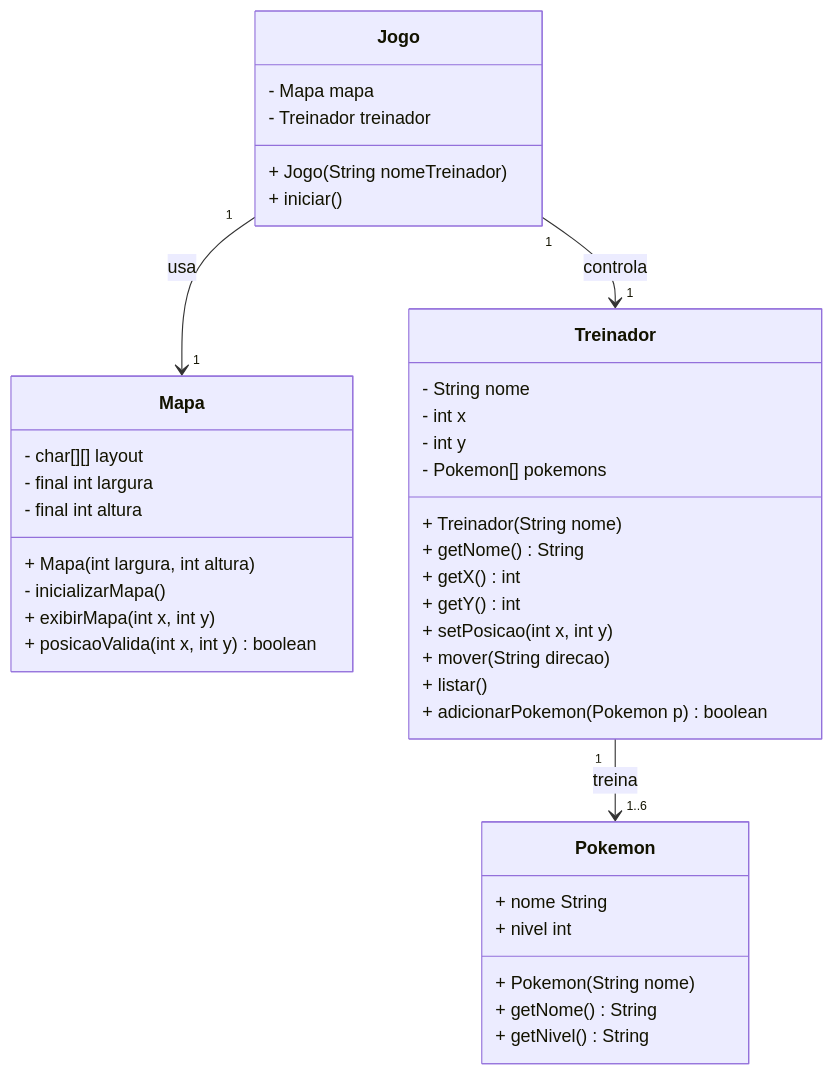
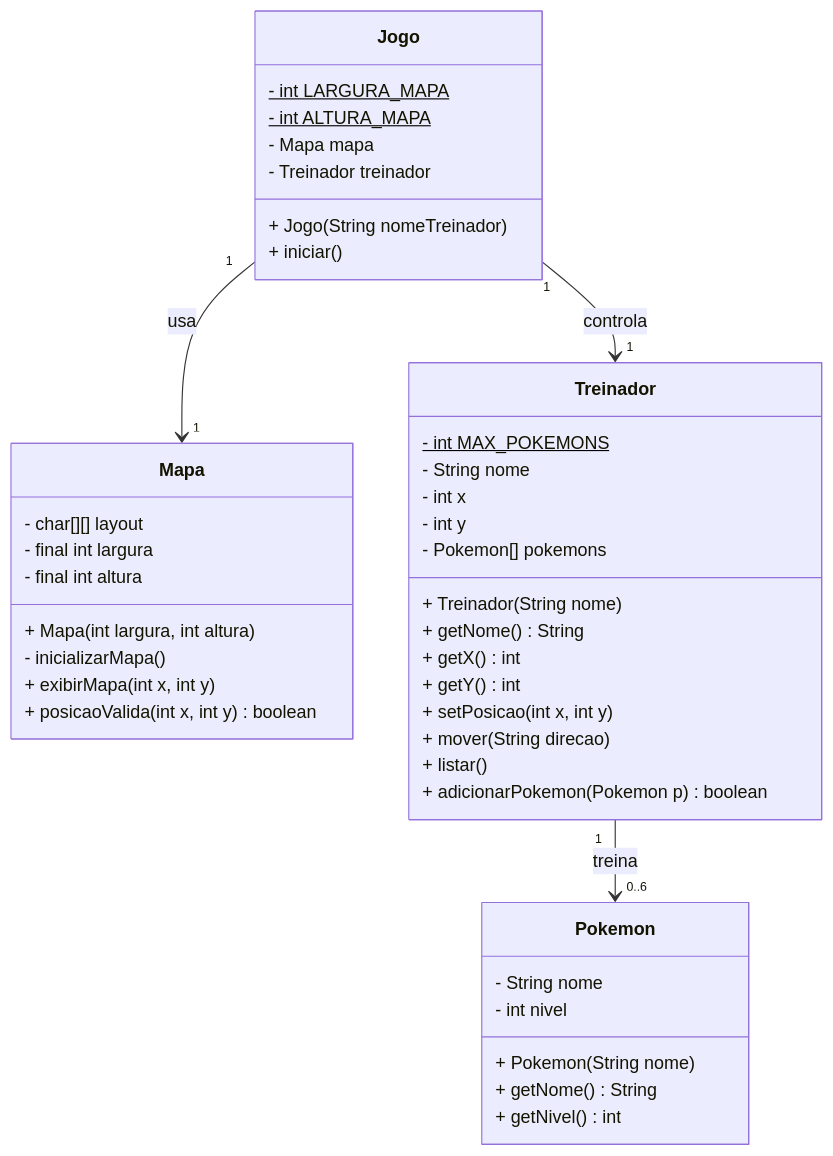
Before and after one commit to profBruno-UFC-Qx/oriented-object-programming: the diagram in _praticas/pp02.md, drawn with Mermaid. The commit also changed other lines of this file and 3 other files, not shown here.

```diff
--- a/_praticas/pp02.md
+++ b/_praticas/pp02.md
@@ -20,49 +20,52 @@
 <pre class="mermaid">
 
 classDiagram
     class Mapa {
         - char[][] layout
         - final int largura
         - final int altura
         + Mapa(int largura, int altura)
         - inicializarMapa()
         + exibirMapa(int x, int y)
         + posicaoValida(int x, int y) boolean
     }
 
     class Treinador {
+        - int MAX_POKEMONS$
         - String nome
         - int x
         - int y
         - Pokemon[] pokemons
         + Treinador(String nome)
         + getNome() String
         + getX() int
         + getY() int
         + setPosicao(int x, int y)
 		+ mover(String direcao)
 		+ listar()
 		+ adicionarPokemon(Pokemon p) boolean
 
     }
 
     class Jogo {
+        - int LARGURA_MAPA$
+        - int ALTURA_MAPA$
         - Mapa mapa
         - Treinador treinador
         + Jogo(String nomeTreinador)
         + iniciar()
     }
     
     class Pokemon {
-        + nome String
-        + nivel int
+        - String nome
+        - int nivel
         + Pokemon(String nome)
         + getNome() String
-        + getNivel() String
+        + getNivel() int
     }
 
     %% Relações
     Jogo "1" --> "1" Mapa : usa
     Jogo "1" --> "1" Treinador : controla
-    Treinador "1" --> "1..6" Pokemon: treina
+    Treinador "1" --> "0..6" Pokemon: treina
 </pre>    
```
